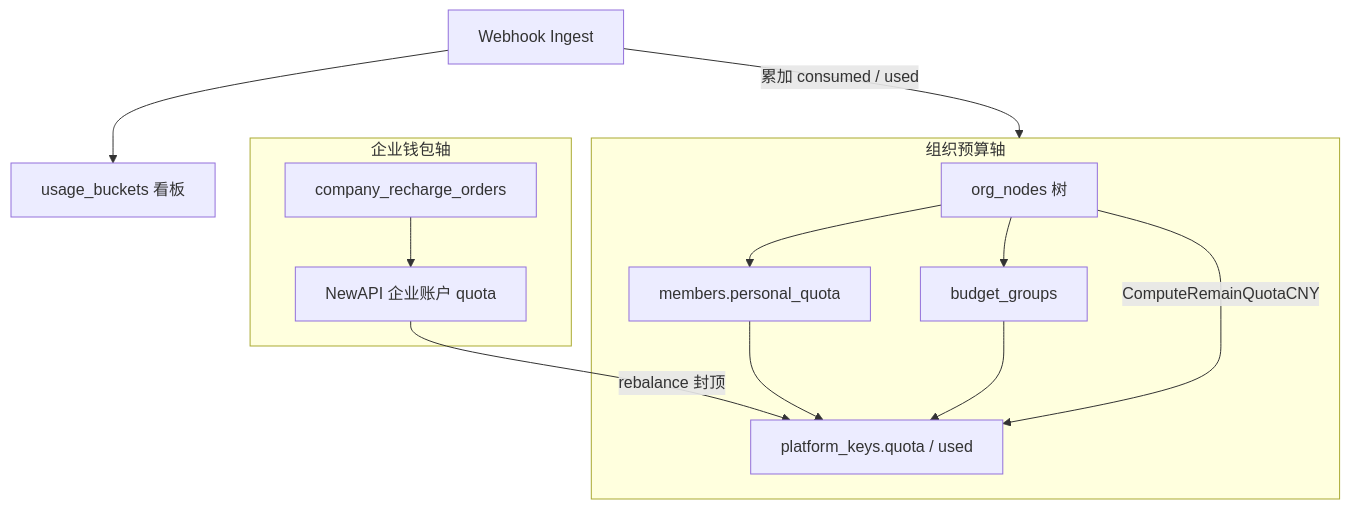
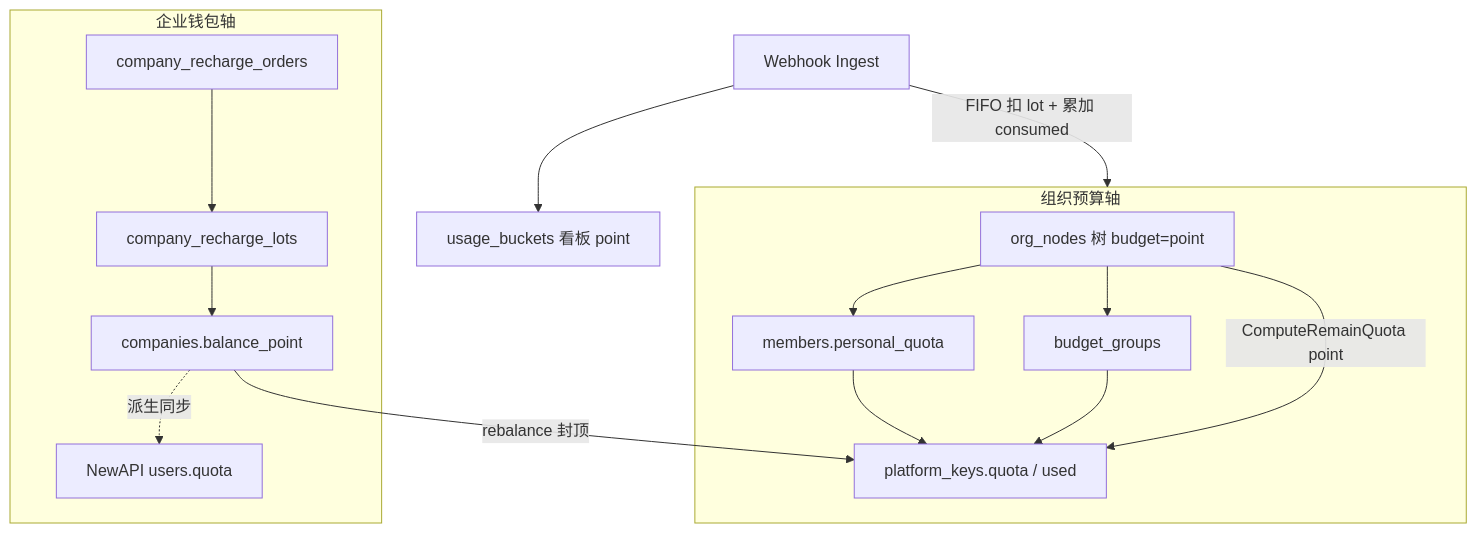
The first of 7 diagrams in docs/Backend-预算.md (quyip8818/mytokenjoy), drawn with Mermaid before and after one commit. The commit also changed other lines of this file and 115 other files, not shown here.

````diff
--- a/docs/Backend-预算.md
+++ b/docs/Backend-预算.md
@@ -18,18 +18,20 @@
 ```mermaid
 flowchart TB
   subgraph wallet [企业钱包轴]
-    RCH[company_recharge_orders] --> NA_W[NewAPI 企业账户 quota]
+    RCH[company_recharge_orders] --> LOT[company_recharge_lots]
+    LOT --> BAL[companies.balance_point]
+    BAL -.->|派生同步| NA_W[NewAPI users.quota]
   end
 
   subgraph org [组织预算轴]
-    BT[org_nodes 树] --> MEM[members.personal_quota]
+    BT[org_nodes 树 budget=point] --> MEM[members.personal_quota]
     BT --> BG[budget_groups]
     MEM --> PK[platform_keys.quota / used]
     BG --> PK
   end
 
-  NA_W -->|rebalance 封顶| PK
-  BT -->|ComputeRemainQuotaCNY| PK
-  ING[Webhook Ingest] -->|累加 consumed / used| org
-  ING --> UB[usage_buckets 看板]
+  BAL -->|rebalance 封顶| PK
+  BT -->|ComputeRemainQuota point| PK
+  ING[Webhook Ingest] -->|FIFO 扣 lot + 累加 consumed| org
+  ING --> UB[usage_buckets 看板 point]
 ```
````
